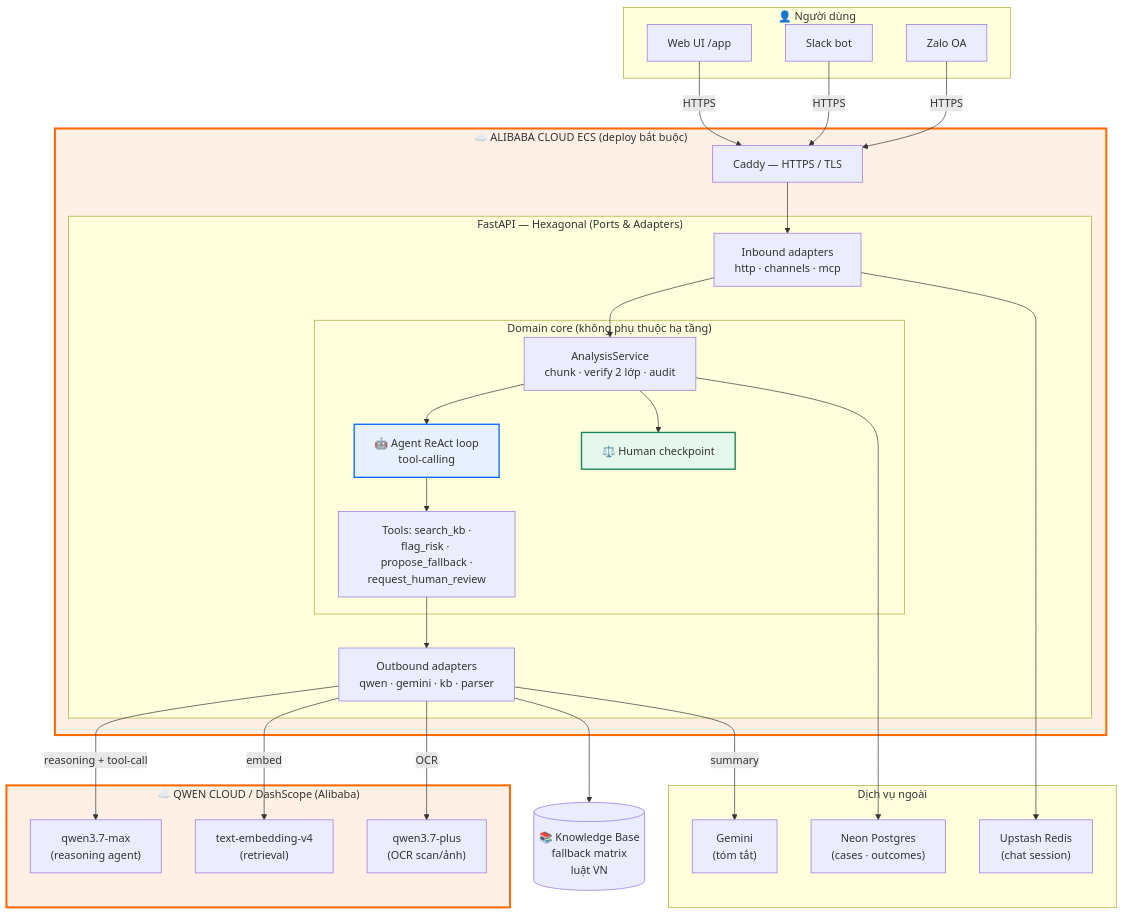
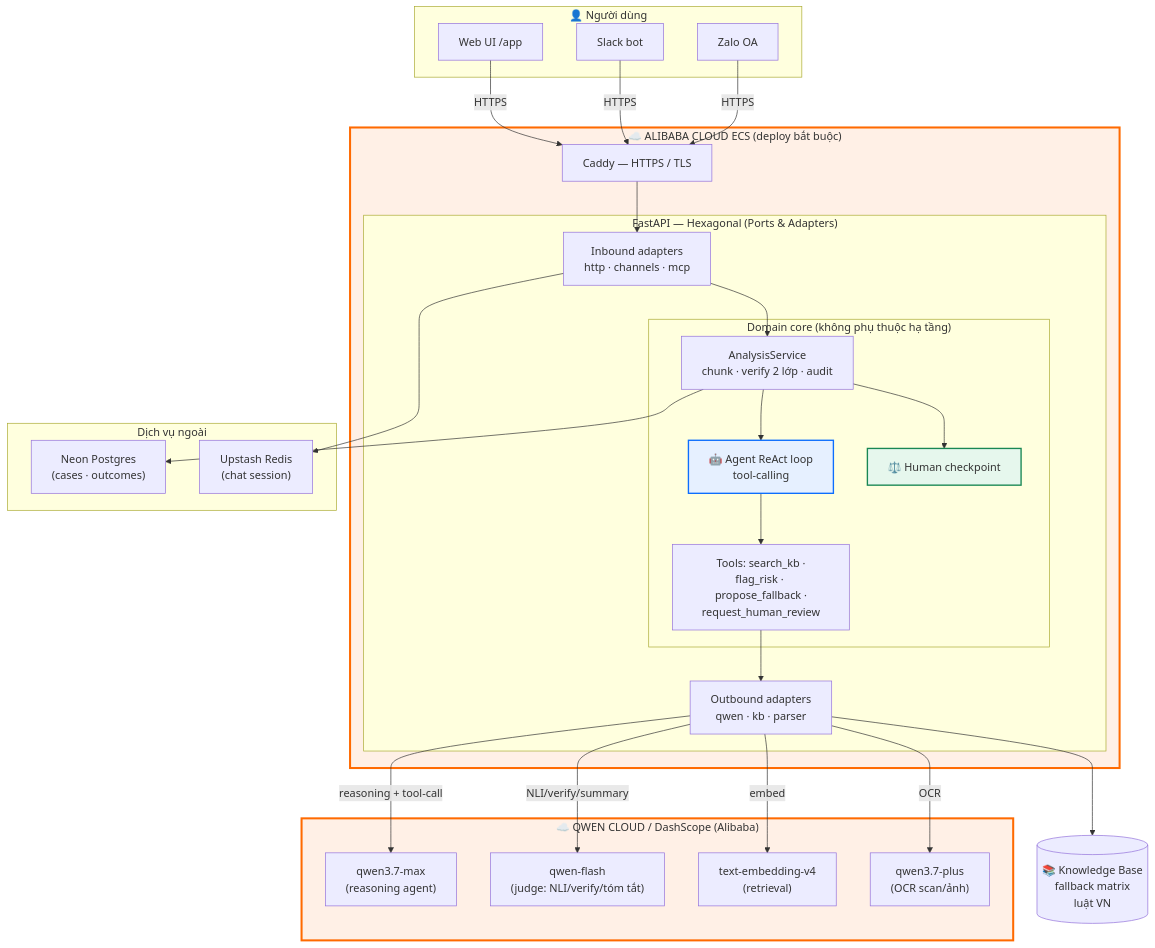
The first of 2 diagrams in docs/architecture-diagram.md (trungnguyen1618033/legal-guard-PH), drawn with Mermaid before and after one commit. The commit also changed 10 other files, not shown here.

First line of the commit message:
docs: dọn Gemini khỏi docs công khai — nhất quán Qwen-only

````diff
--- a/docs/architecture-diagram.md
+++ b/docs/architecture-diagram.md
@@ -8,52 +8,52 @@
 ```mermaid
 flowchart TB
     subgraph users["👤 Người dùng"]
         U1["Web UI /app"]
         U2["Slack bot"]
         U3["Zalo OA"]
     end
 
     subgraph alibaba["☁️ ALIBABA CLOUD ECS (deploy bắt buộc)"]
         CADDY["Caddy — HTTPS / TLS"]
         subgraph app["FastAPI — Hexagonal (Ports & Adapters)"]
             IN["Inbound adapters<br/>http · channels · mcp"]
             subgraph core["Domain core (không phụ thuộc hạ tầng)"]
                 AGENT["🤖 Agent ReAct loop<br/>tool-calling"]
                 TOOLS["Tools: search_kb ·<br/>flag_risk · propose_fallback ·<br/>request_human_review"]
                 ANALYSIS["AnalysisService<br/>chunk · verify 2 lớp · audit"]
                 CHECK["⚖️ Human checkpoint"]
             end
-            OUT["Outbound adapters<br/>qwen · gemini · kb · parser"]
+            OUT["Outbound adapters<br/>qwen · kb · parser"]
         end
     end
 
     subgraph qwencloud["☁️ QWEN CLOUD / DashScope (Alibaba)"]
         QMAX["qwen3.7-max<br/>(reasoning agent)"]
+        QFLASH["qwen-flash<br/>(judge: NLI/verify/tóm tắt)"]
         QEMB["text-embedding-v4<br/>(retrieval)"]
         QVL["qwen3.7-plus<br/>(OCR scan/ảnh)"]
     end
 
     subgraph ext["Dịch vụ ngoài"]
         NEON["Neon Postgres<br/>(cases · outcomes)"]
         UP["Upstash Redis<br/>(chat session)"]
-        GEM["Gemini<br/>(tóm tắt)"]
     end
 
     KB[("📚 Knowledge Base<br/>fallback matrix<br/>luật VN")]
 
     U1 & U2 & U3 -->|HTTPS| CADDY --> IN --> ANALYSIS
     ANALYSIS --> AGENT --> TOOLS --> OUT
     ANALYSIS --> CHECK
     OUT -->|reasoning + tool-call| QMAX
     OUT -->|embed| QEMB
     OUT -->|OCR| QVL
     OUT --> KB
-    OUT -->|summary| GEM
+    OUT -->|NLI/verify/summary| QFLASH
     ANALYSIS --> NEON
     IN --> UP
 
     style alibaba fill:#fff0e6,stroke:#ff6a00,stroke-width:3px
     style qwencloud fill:#fff0e6,stroke:#ff6a00,stroke-width:3px
     style CHECK fill:#e6f7ed,stroke:#198754,stroke-width:2px
     style AGENT fill:#e6f0ff,stroke:#0d6efd,stroke-width:2px
 ```
````
